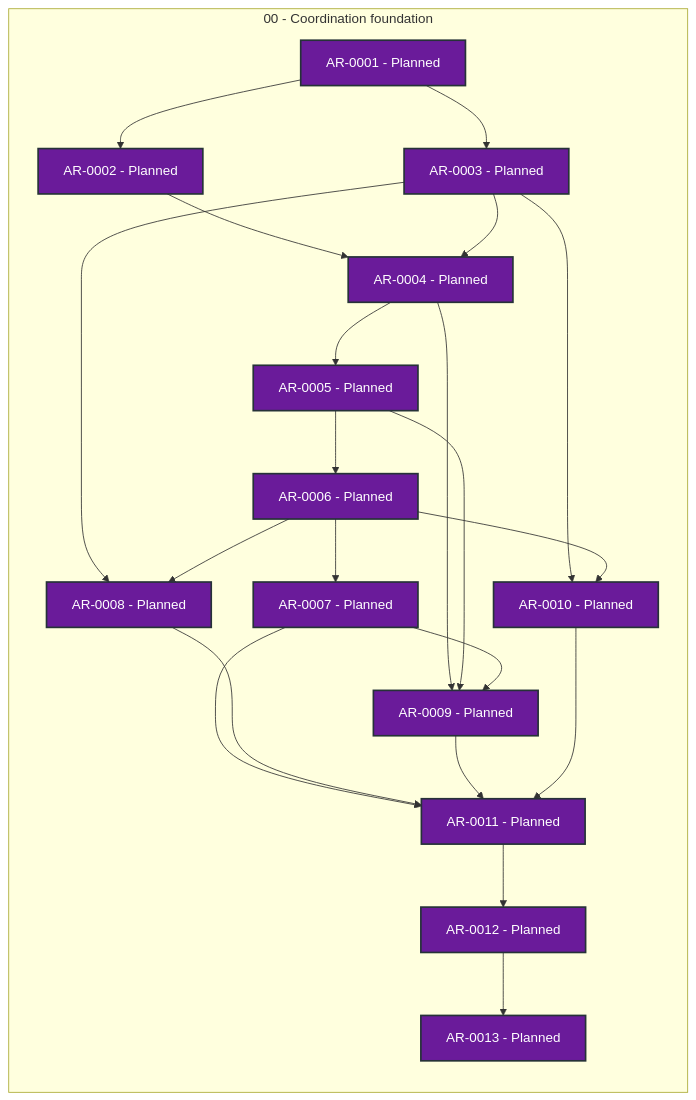
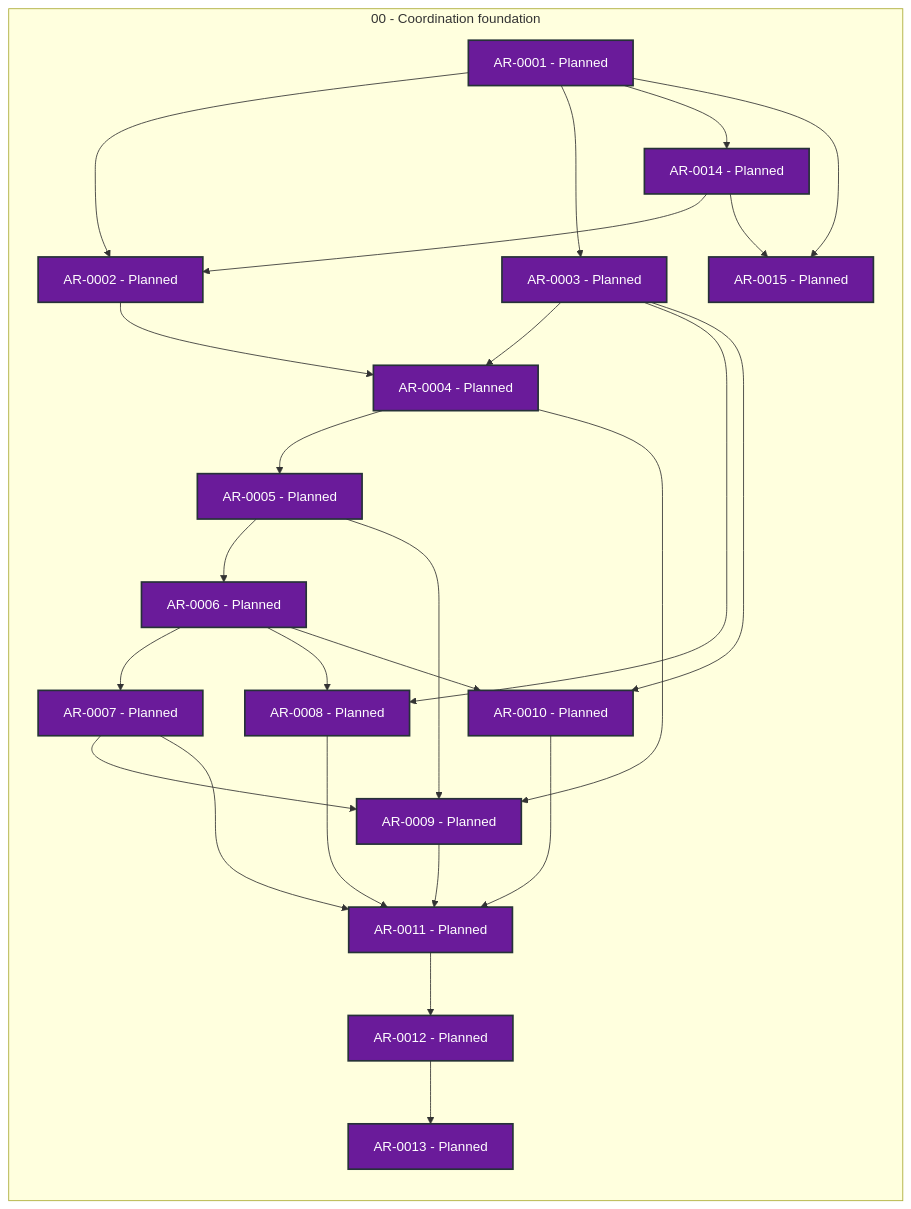
The diagram in STATUS.md (martin-beck/agent-workflow-tui-state), drawn with Mermaid before and after one commit. The commit also changed other lines of this file and 3 other files, not shown here.

````diff
--- a/STATUS.md
+++ b/STATUS.md
@@ -27,47 +27,53 @@
 ```mermaid
 flowchart LR
     subgraph series_00["00 - Coordination foundation"]
         direction TB
         AR_0001["AR-0001 - Planned"]:::status_planned
         AR_0002["AR-0002 - Planned"]:::status_planned
         AR_0003["AR-0003 - Planned"]:::status_planned
         AR_0004["AR-0004 - Planned"]:::status_planned
         AR_0005["AR-0005 - Planned"]:::status_planned
         AR_0006["AR-0006 - Planned"]:::status_planned
         AR_0007["AR-0007 - Planned"]:::status_planned
         AR_0008["AR-0008 - Planned"]:::status_planned
         AR_0009["AR-0009 - Planned"]:::status_planned
         AR_0010["AR-0010 - Planned"]:::status_planned
         AR_0011["AR-0011 - Planned"]:::status_planned
         AR_0012["AR-0012 - Planned"]:::status_planned
         AR_0013["AR-0013 - Planned"]:::status_planned
+        AR_0014["AR-0014 - Planned"]:::status_planned
+        AR_0015["AR-0015 - Planned"]:::status_planned
     end
     AR_0001 --> AR_0002
     AR_0001 --> AR_0003
+    AR_0001 --> AR_0014
+    AR_0001 --> AR_0015
     AR_0002 --> AR_0004
     AR_0003 --> AR_0004
     AR_0003 --> AR_0008
     AR_0003 --> AR_0010
     AR_0004 --> AR_0005
     AR_0004 --> AR_0009
     AR_0005 --> AR_0006
     AR_0005 --> AR_0009
     AR_0006 --> AR_0007
     AR_0006 --> AR_0008
     AR_0006 --> AR_0010
     AR_0007 --> AR_0009
     AR_0007 --> AR_0011
     AR_0008 --> AR_0011
     AR_0009 --> AR_0011
     AR_0010 --> AR_0011
     AR_0011 --> AR_0012
     AR_0012 --> AR_0013
+    AR_0014 --> AR_0002
+    AR_0014 --> AR_0015
     classDef status_in_progress fill:#1565c0,color:#ffffff,stroke:#263238,stroke-width:2px
     classDef status_open fill:#2e7d32,color:#ffffff,stroke:#263238,stroke-width:2px
     classDef status_blocked fill:#c62828,color:#ffffff,stroke:#263238,stroke-width:2px
     classDef status_planned fill:#6a1b9a,color:#ffffff,stroke:#263238,stroke-width:2px
     classDef status_future fill:#455a64,color:#ffffff,stroke:#263238,stroke-width:2px
     classDef status_done fill:#00695c,color:#ffffff,stroke:#263238,stroke-width:2px
     classDef status_cancelled fill:#616161,color:#ffffff,stroke:#263238,stroke-width:2px
     classDef status_superseded fill:#5d4037,color:#ffffff,stroke:#263238,stroke-width:2px
 ```
````
